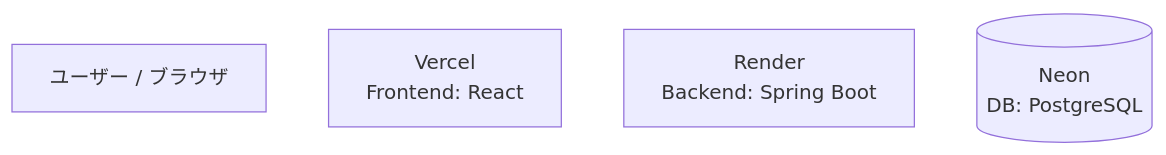
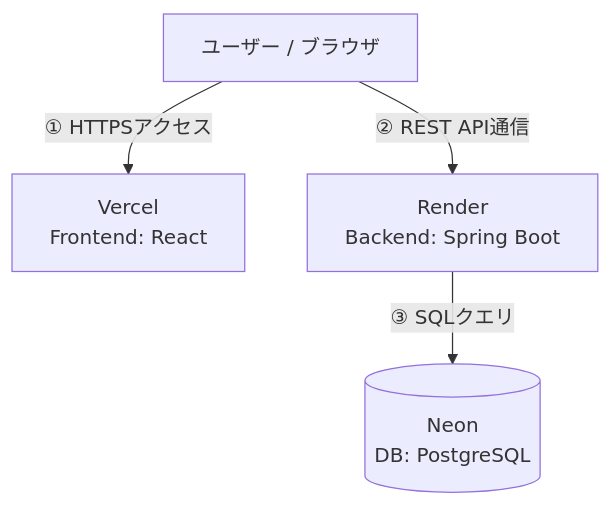
Before and after one commit to tomonori2012-dotcom/sleep-tracker-app: the second of 2 diagrams in README.md, drawn with Mermaid.

Commit message:
Update README to streamline local setup instructions
Removed redundant user interaction flow details from the README.

````diff
--- a/README.md
+++ b/README.md
@@ -62,7 +62,11 @@
 ```mermaid
 graph TD
     User[ユーザー / ブラウザ]
     Vercel[Vercel<br/>Frontend: React]
     Render[Render<br/>Backend: Spring Boot]
     Neon[(Neon<br/>DB: PostgreSQL)]
+
+    User -->|① HTTPSアクセス| Vercel
+    User -->|② REST API通信| Render
+    Render -->|③ SQLクエリ| Neon
 ```
````
